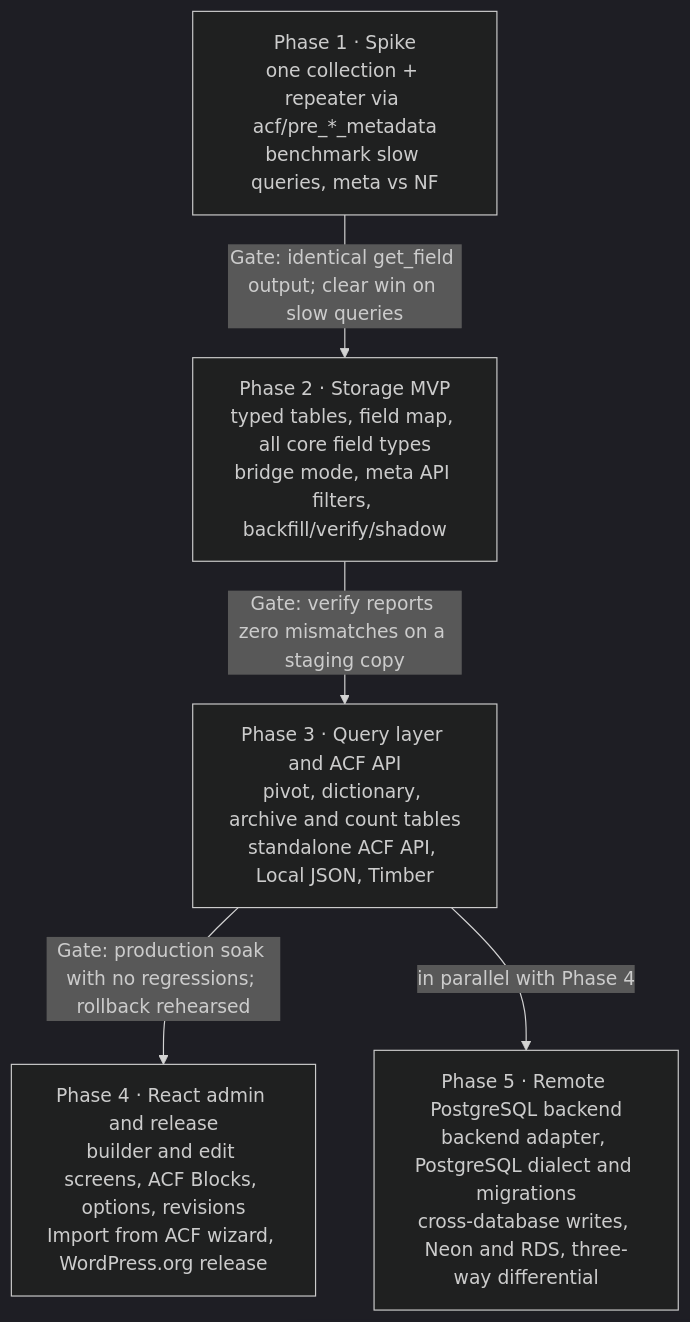
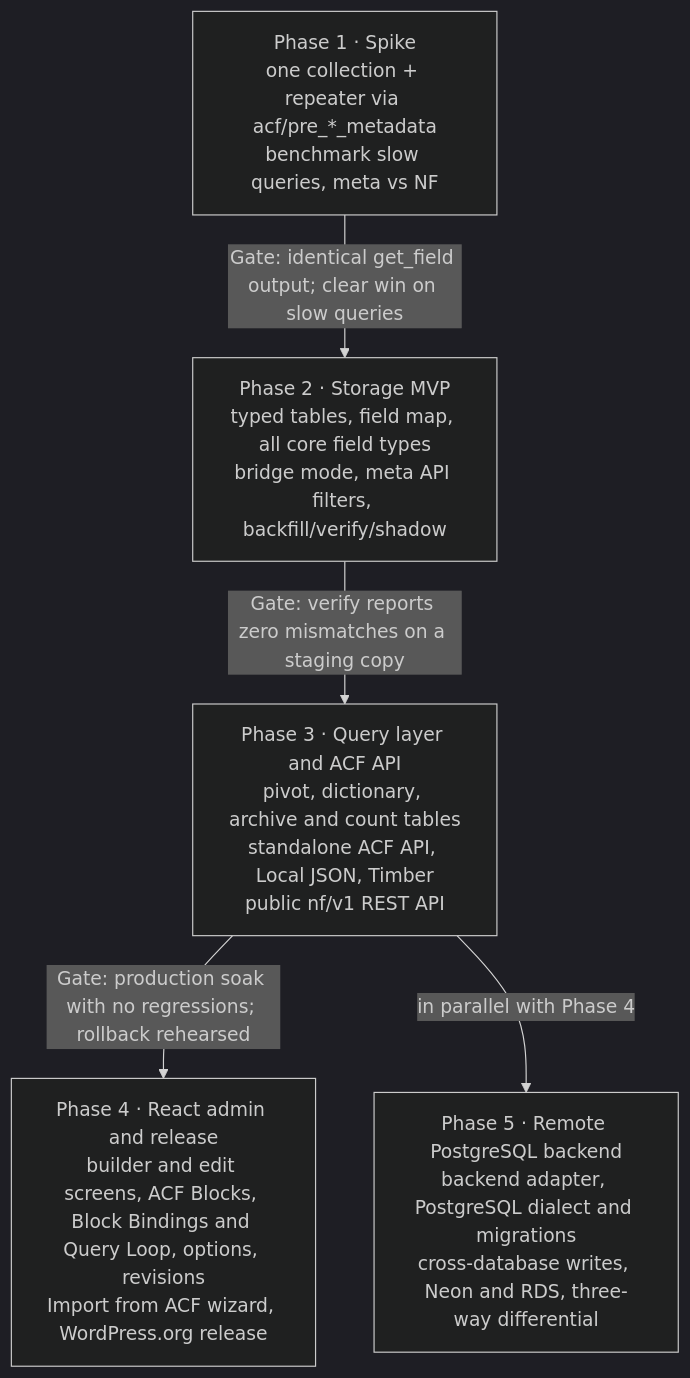
The second of 2 diagrams in docs/design.md (gentecsys/normalized-fields), drawn with Mermaid (dark theme) before and after one commit. The commit also changed other lines of this file and 3 other files, not shown here.

Commit message:
ADR-0012 / D-17: public REST API and block integration; WPs 3.9, 4.11; rest.md public part in contracts v0

````diff
--- a/docs/design.md
+++ b/docs/design.md
@@ -1356,12 +1435,12 @@
 ```mermaid
 flowchart TB
   p1["Phase 1 · Spike<br/>one collection + repeater via acf/pre_*_metadata<br/>benchmark slow queries, meta vs NF"]
   p2["Phase 2 · Storage MVP<br/>typed tables, field map, all core field types<br/>bridge mode, meta API filters, backfill/verify/shadow"]
-  p3["Phase 3 · Query layer and ACF API<br/>pivot, dictionary, archive and count tables<br/>standalone ACF API, Local JSON, Timber"]
-  p4["Phase 4 · React admin and release<br/>builder and edit screens, ACF Blocks, options, revisions<br/>Import from ACF wizard, WordPress.org release"]
+  p3["Phase 3 · Query layer and ACF API<br/>pivot, dictionary, archive and count tables<br/>standalone ACF API, Local JSON, Timber<br/>public nf/v1 REST API"]
+  p4["Phase 4 · React admin and release<br/>builder and edit screens, ACF Blocks, Block Bindings and Query Loop, options, revisions<br/>Import from ACF wizard, WordPress.org release"]
   p5["Phase 5 · Remote PostgreSQL backend<br/>backend adapter, PostgreSQL dialect and migrations<br/>cross-database writes, Neon and RDS, three-way differential"]
   p1 -->|"Gate: identical get_field output; clear win on slow queries"| p2
   p2 -->|"Gate: verify reports zero mismatches on a staging copy"| p3
   p3 -->|"Gate: production soak with no regressions; rollback rehearsed"| p4
   p3 -->|"in parallel with Phase 4"| p5
 ```
````
